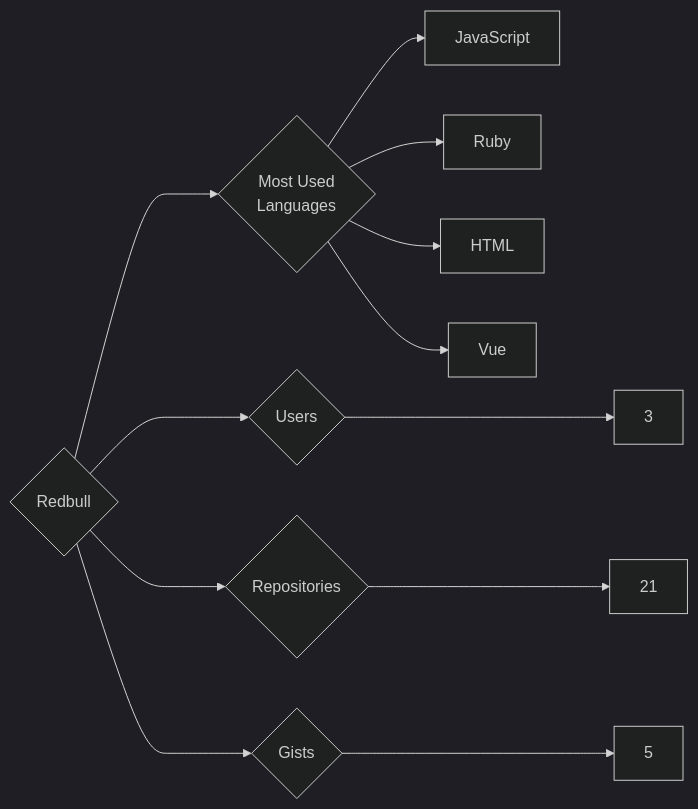
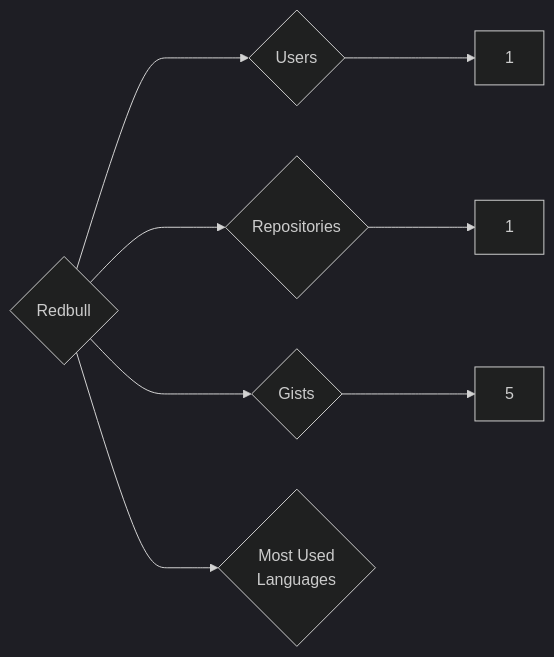
Before and after one commit to trickest/insiders: the diagram in targets/Redbull/README.md, drawn with Mermaid (dark theme). The commit also changed 725 other files, not shown here.

````diff
--- a/targets/Redbull/README.md
+++ b/targets/Redbull/README.md
@@ -3,12 +3,8 @@
 ```mermaid
 graph LR
 COMPANY_NAME{Redbull}
-COMPANY_NAME ---> U{Users} ---> UN[3]
-COMPANY_NAME ---> R{Repositories} ---> RN[21]
+COMPANY_NAME ---> U{Users} ---> UN[1]
+COMPANY_NAME ---> R{Repositories} ---> RN[1]
 COMPANY_NAME ---> G{Gists} ---> GN[5]
 COMPANY_NAME ---> ML{Most Used<br>Languages}
-ML --> JavaScript[JavaScript]
-ML --> Ruby[Ruby]
-ML --> HTML[HTML]
-ML --> Vue[Vue]
 ```
````
